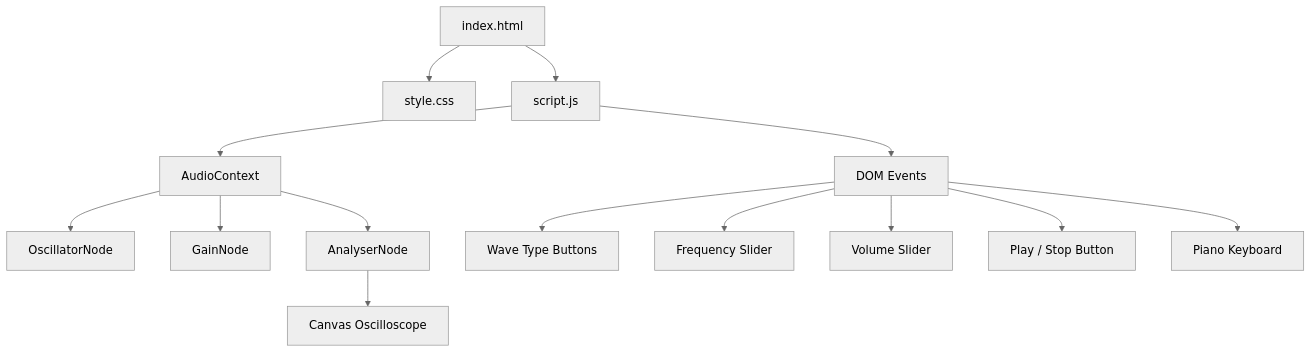
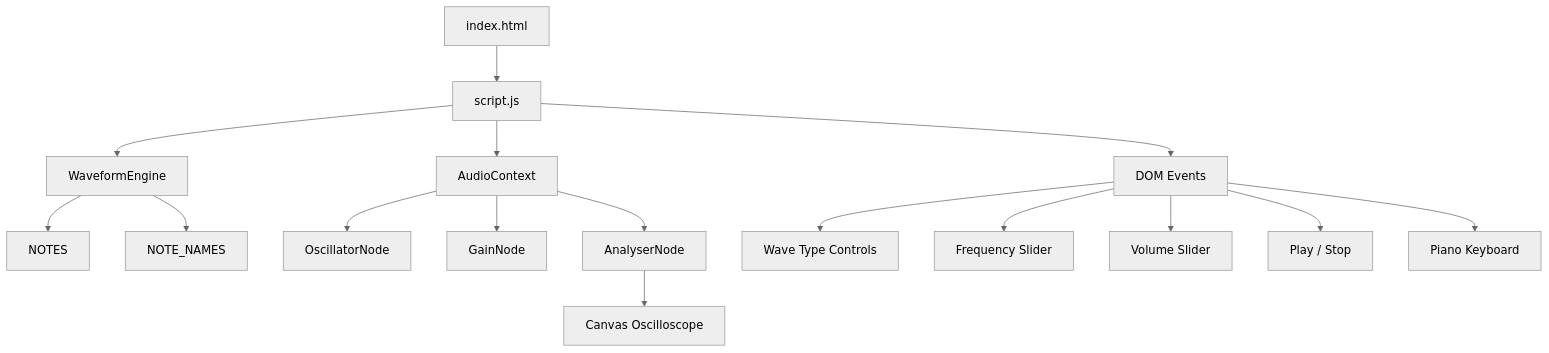
Before and after one commit to Anubhutisharma-07/cradle: the diagram in projects/misc/audio-waveform-generator/ARCHITECTURE.md, drawn with Mermaid (neutral theme). The commit also changed other lines of this file, not shown here.

Commit message:
improve architecture

````diff
--- a/projects/misc/audio-waveform-generator/ARCHITECTURE.md
+++ b/projects/misc/audio-waveform-generator/ARCHITECTURE.md
@@ -36,18 +40,21 @@
 ```mermaid
 graph TD
-    A[index.html] --> B[style.css]
-    A --> C[script.js]
+    A[index.html] --> B[script.js]
+    B --> C[WaveformEngine]
+    C --> D[NOTES]
+    C --> E[NOTE_NAMES]
 
-    C --> D[AudioContext]
-    D --> E[OscillatorNode]
-    D --> F[GainNode]
-    D --> G[AnalyserNode]
-    G --> H[Canvas Oscilloscope]
+    B --> F[AudioContext]
+    F --> G[OscillatorNode]
+    F --> H[GainNode]
+    F --> I[AnalyserNode]
 
-    C --> I[DOM Events]
-    I --> J[Wave Type Buttons]
-    I --> K[Frequency Slider]
-    I --> L[Volume Slider]
-    I --> M[Play / Stop Button]
-    I --> N[Piano Keyboard]
+    I --> J[Canvas Oscilloscope]
+
+    B --> K[DOM Events]
+    K --> L[Wave Type Controls]
+    K --> M[Frequency Slider]
+    K --> N[Volume Slider]
+    K --> O[Play / Stop]
+    K --> P[Piano Keyboard]
 ```
````
